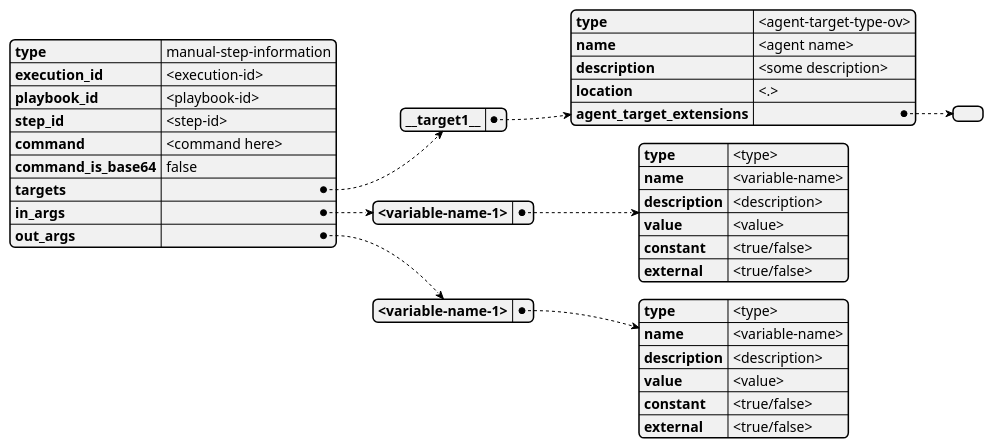
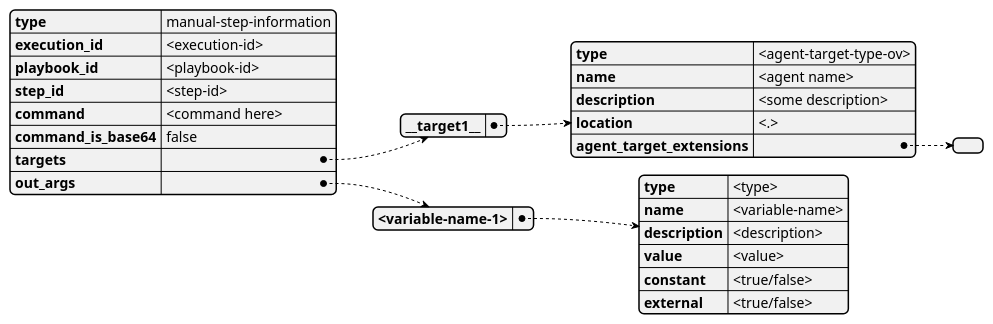
One commit to COSSAS/SOARCA changed the third of 4 diagrams in docs/content/en/docs/core-components/api-manual.md. Above: the diagram before and after it, drawn with PlantUML. The commit also changed other lines of this file, not shown here.

Commit message:
Removed in_args from manual api model

````diff
--- a/docs/content/en/docs/core-components/api-manual.md
+++ b/docs/content/en/docs/core-components/api-manual.md
@@ -131,43 +118,33 @@
 ```plantuml
 @startjson
 
     {
         "type" :        "manual-step-information",
         "execution_id" : "<execution-id>",
         "playbook_id" :  "<playbook-id>",
         "step_id" :  "<step-id>",
         "command" : "<command here>",
         "command_is_base64" : "false",
         "targets" : {
             "__target1__" : {
                 "type" : "<agent-target-type-ov>",
                 "name" : "<agent name>",
                 "description" : "<some description>",
                 "location" : "<.>",
                 "agent_target_extensions" : {}
             }
         },
-        "in_args":    {
-            "<variable-name-1>" : {
-                "type":         "<type>",
-                "name":         "<variable-name>",
-                "description":  "<description>",
-                "value":        "<value>",
-                "constant":     "<true/false>",
-                "external":     "<true/false>"
-            }
-        },
         "out_args":    {
             "<variable-name-1>" : {
                 "type":         "<type>",
                 "name":         "<variable-name>",
                 "description":  "<description>",
                 "value":        "<value>",
                 "constant":     "<true/false>",
                 "external":     "<true/false>"
             }
         }
     }
 
 @endjson
 ```
````
